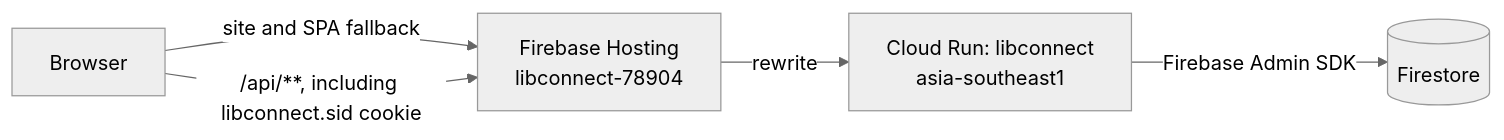
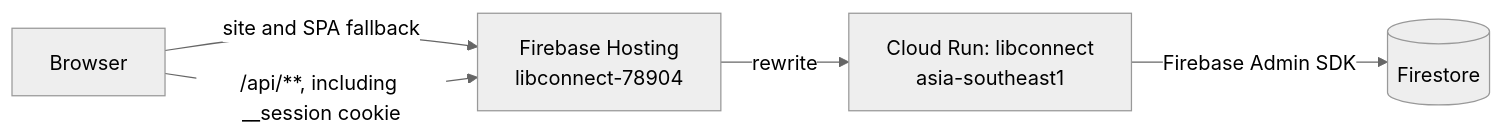
Before and after one commit to CS3227-2610-MP3-LibConnect/CS3227-2610-MP3: the diagram in docs/feature-details/deployment.md, drawn with Mermaid (neutral theme). The commit also changed other lines of this file and 27 other files, not shown here.

````diff
--- a/docs/feature-details/deployment.md
+++ b/docs/feature-details/deployment.md
@@ -9,7 +9,7 @@
 ```mermaid
 flowchart LR
   Browser -->|site and SPA fallback| Hosting[Firebase Hosting<br/>libconnect-78904]
-  Browser -->|/api/**, including libconnect.sid cookie| Hosting
+  Browser -->|/api/**, including __session cookie| Hosting
   Hosting -->|rewrite| Run[Cloud Run: libconnect<br/>asia-southeast1]
   Run -->|Firebase Admin SDK| Firestore[(Firestore)]
 ```
````
